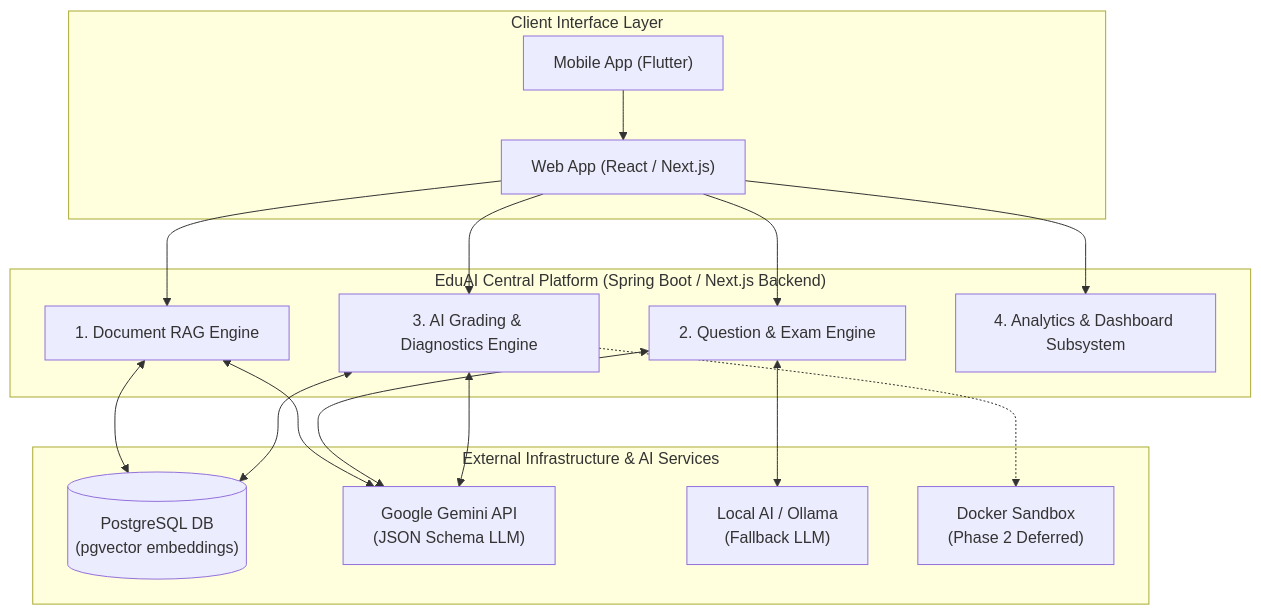
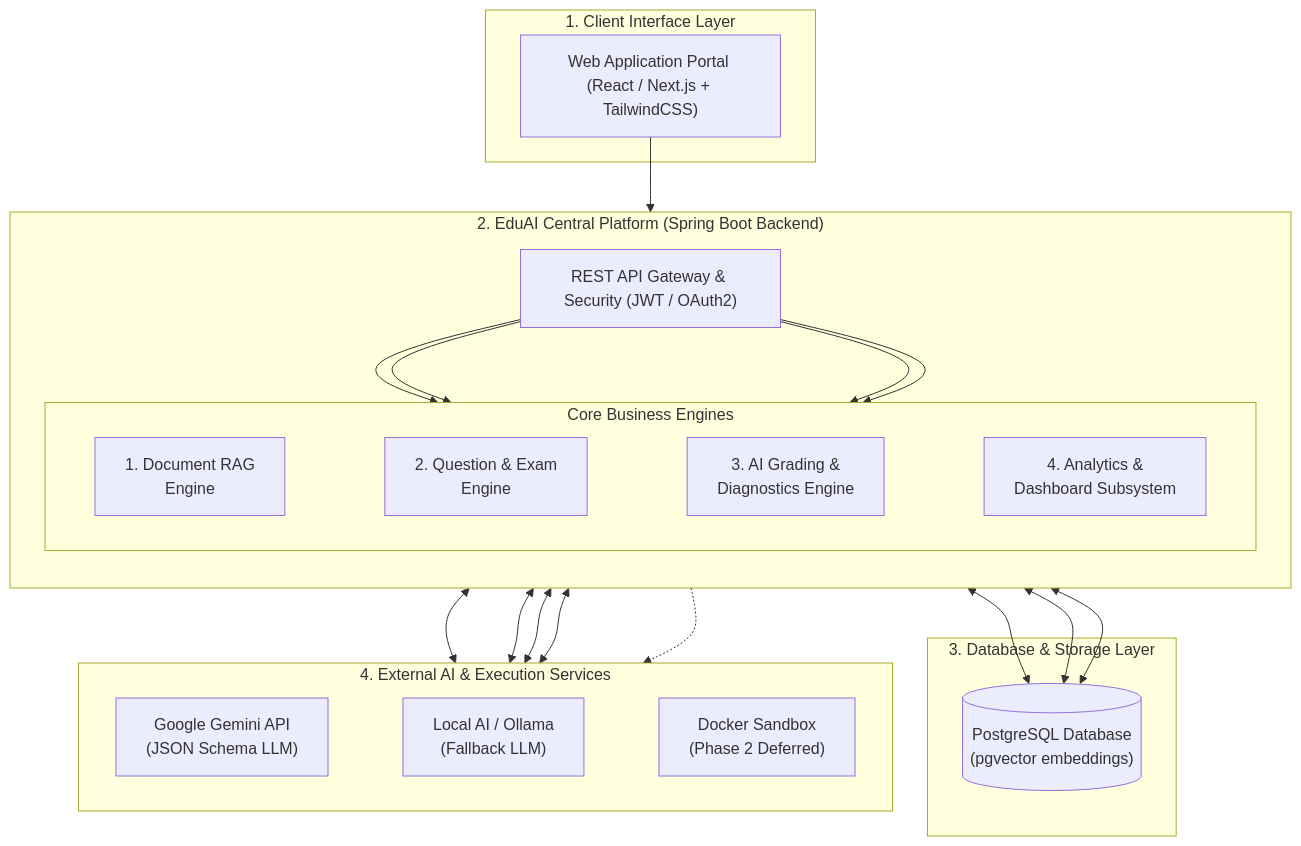
Before and after one commit to hygef-v4/EduAI: the first of 8 diagrams in SRS_NotebookLM_EduAI_v1.2.0_backup.md, drawn with Mermaid. The commit also changed other lines of this file, not shown here.

````diff
--- a/SRS_NotebookLM_EduAI_v1.2.0_backup.md
+++ b/SRS_NotebookLM_EduAI_v1.2.0_backup.md
@@ -47,35 +47,54 @@
 ```mermaid
 flowchart TB
-    subgraph ClientLayer ["Client Interface Layer"]
-        FE_Web["Web App (React / Next.js)"]
-        FE_Mobile["Mobile App (Flutter)"]
+    %% --- CLIENT LAYER ---
+    subgraph ClientLayer ["1. Client Interface Layer"]
+        FE_Web["Web Application Portal (React / Next.js + TailwindCSS)"]
     end
 
-    subgraph CorePlatform ["EduAI Central Platform (Spring Boot / Next.js Backend)"]
-        RAG["1. Document RAG Engine"]
-        QG["2. Question & Exam Engine"]
-        GR["3. AI Grading & Diagnostics Engine"]
-        AN["4. Analytics & Dashboard Subsystem"]
+    %% --- BACKEND GATEWAY & CORE PLATFORM ---
+    subgraph CorePlatform ["2. EduAI Central Platform (Spring Boot Backend)"]
+        direction TB
+        API_GW["REST API Gateway & Security (JWT / OAuth2)"]
+        
+        subgraph CoreEngines ["Core Business Engines"]
+            direction LR
+            RAG["1. Document RAG\nEngine"]
+            QG["2. Question & Exam\nEngine"]
+            GR["3. AI Grading &\nDiagnostics Engine"]
+            AN["4. Analytics &\nDashboard Subsystem"]
+            
+            RAG ~~~ QG ~~~ GR ~~~ AN
+        end
+        
+        API_GW --> RAG
+        API_GW --> QG
+        API_GW --> GR
+        API_GW --> AN
     end
 
-    subgraph ExternalServices ["External Infrastructure & AI Services"]
-        PG[("PostgreSQL DB\n(pgvector embeddings)")]
+    %% --- CLIENT TO GATEWAY ---
+    FE_Web --> API_GW
+
+    %% --- DATA & AI INFRASTRUCTURE ---
+    subgraph StorageLayer ["3. Database & Storage Layer"]
+        PG[("PostgreSQL Database\n(pgvector embeddings)")]
+    end
+
+    subgraph AIServices ["4. External AI & Execution Services"]
+        direction LR
         GEM["Google Gemini API\n(JSON Schema LLM)"]
         OLL["Local AI / Ollama\n(Fallback LLM)"]
         SB["Docker Sandbox\n(Phase 2 Deferred)"]
+        GEM ~~~ OLL ~~~ SB
     end
 
-    FE_Web --> RAG
-    FE_Web --> QG
-    FE_Web --> GR
-    FE_Web --> AN
-    FE_Mobile --> FE_Web
-
+    %% --- DATA & AI CONNECTIONS ---
     RAG <--> PG
     RAG <--> GEM
     QG <--> GEM
     QG <--> OLL
     GR <--> GEM
     GR <--> PG
+    AN <--> PG
     GR -.-> SB
 ```
````
